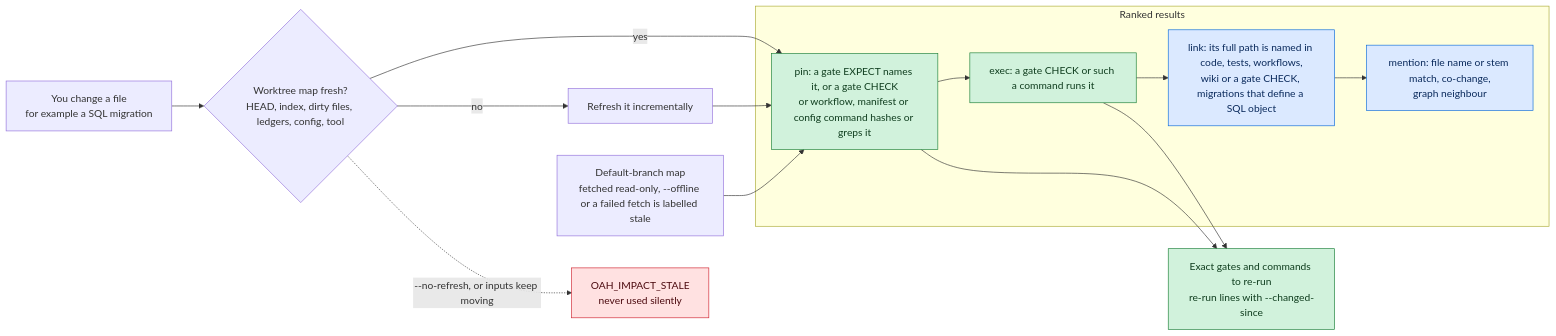
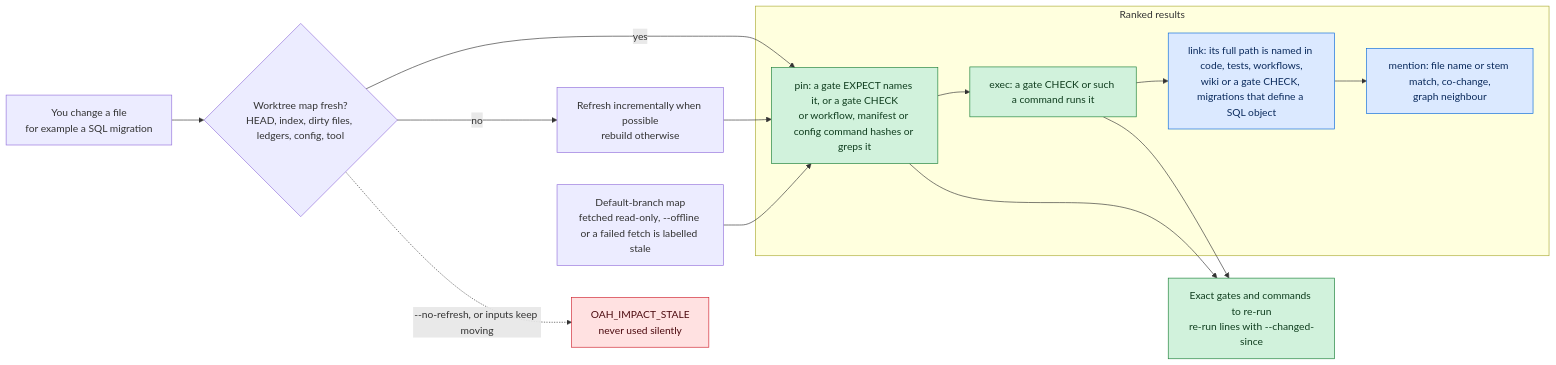
Before and after one commit to KenSuh/open-agent-harness: the fourth of 6 diagrams in docs/concepts.md, drawn with Mermaid. The commit also changed other lines of this file and 2 other files, not shown here.

First line of the commit message:
docs: correct preflight, pre-push, impact refresh and re-ranker paths (review R1)

````diff
--- a/docs/concepts.md
+++ b/docs/concepts.md
@@ -231,33 +234,33 @@
 ```mermaid
 flowchart LR
     change["You change a file<br/>for example a SQL migration"]
     fresh{"Worktree map fresh?<br/>HEAD, index, dirty files, ledgers, config, tool"}
-    refresh["Refresh it incrementally"]
+    refresh["Refresh incrementally when possible<br/>rebuild otherwise"]
     stale["OAH_IMPACT_STALE<br/>never used silently"]
     dflt["Default-branch map<br/>fetched read-only, --offline or a failed fetch is labelled stale"]
 
     subgraph ranked["Ranked results"]
         pinR["pin: a gate EXPECT names it, or a gate CHECK<br/>or workflow, manifest or config command hashes or greps it"]
         execR["exec: a gate CHECK or such a command runs it"]
         linkR["link: its full path is named in code, tests, workflows,<br/>wiki or a gate CHECK, migrations that define a SQL object"]
         mentionR["mention: file name or stem match, co-change,<br/>graph neighbour"]
     end
 
     rerun["Exact gates and commands to re-run<br/>re-run lines with --changed-since"]
 
     change --> fresh
     fresh -->|"yes"| pinR
     fresh -->|"no"| refresh --> pinR
     fresh -.->|"--no-refresh, or inputs keep moving"| stale
     dflt --> pinR
     pinR --> execR --> linkR --> mentionR
     pinR --> rerun
     execR --> rerun
 
     classDef strong fill:#d1f2dc,stroke:#1a7f37,color:#0f3d1e
     classDef weak fill:#dbe9ff,stroke:#0969da,color:#0a2a5c
     classDef stop fill:#ffe1e1,stroke:#cf222e,color:#4c0a0f
     class pinR,execR,rerun strong
     class linkR,mentionR weak
     class stale stop
 ```
````
